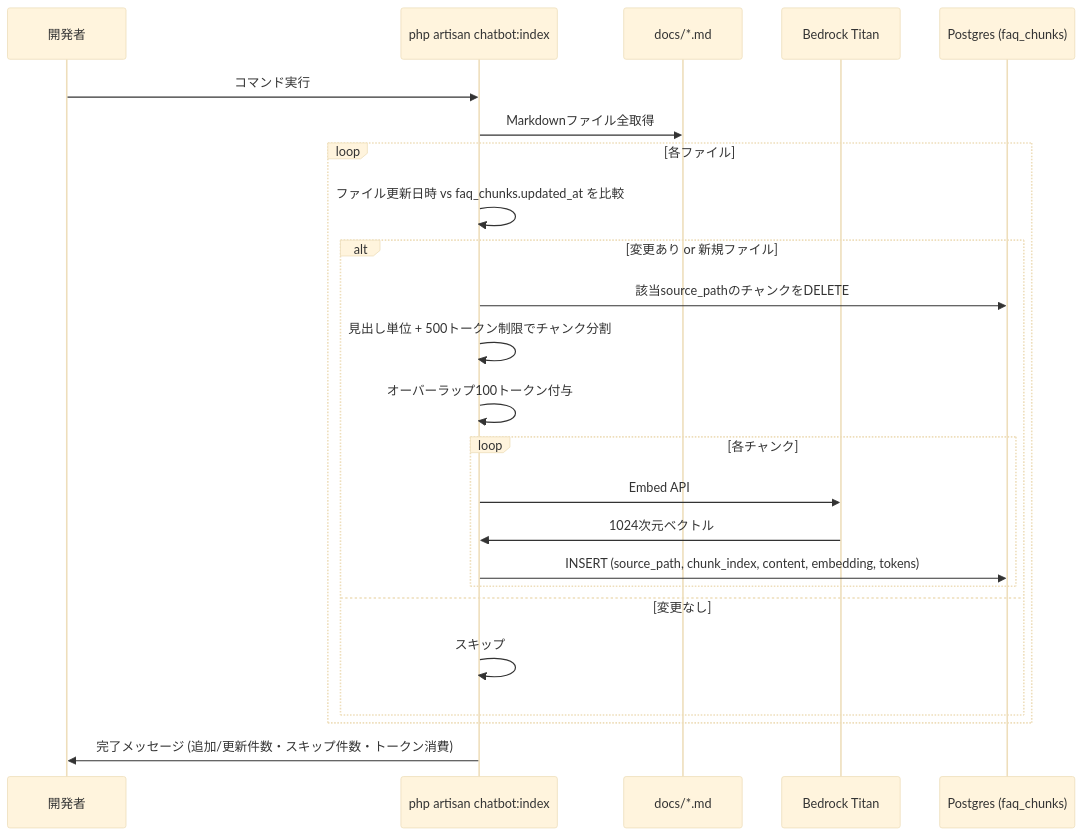
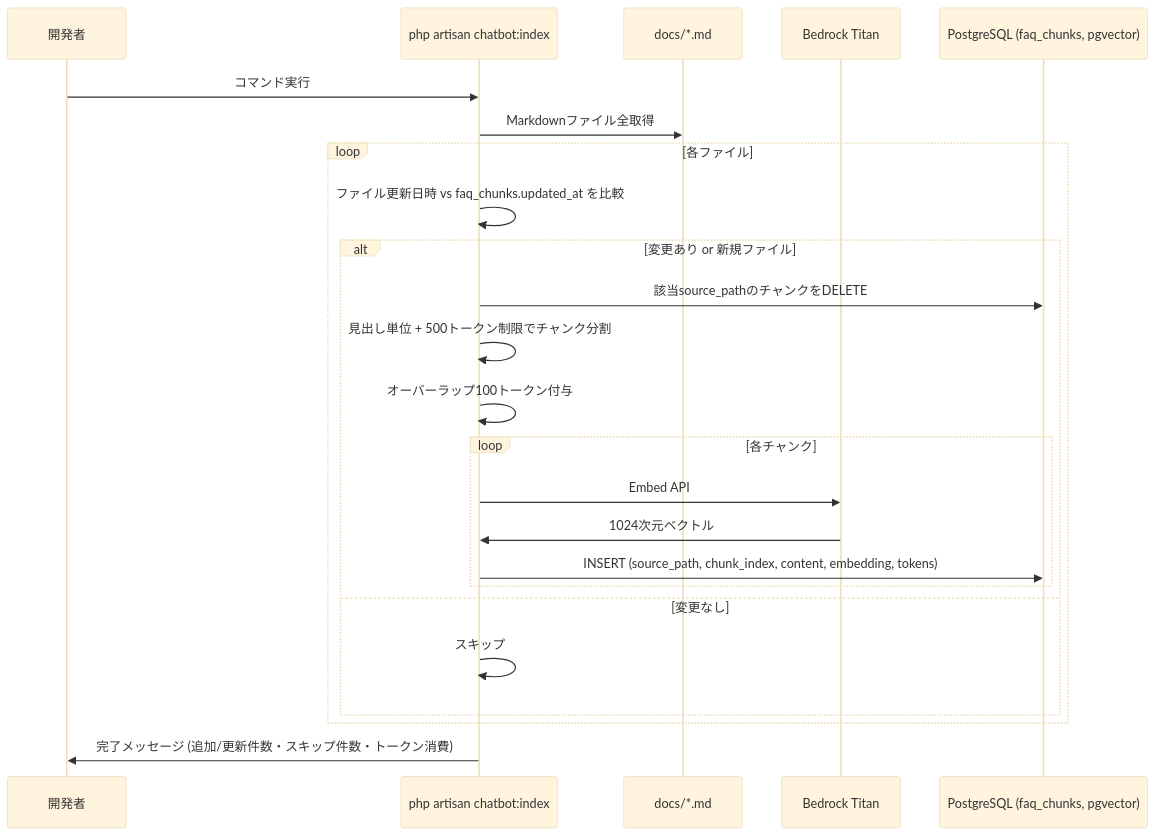
One commit to tetsu2026/movie-profile changed the ninth of 9 diagrams in docs/design-docs/05_data_flow.md. Above: the diagram before and after it, drawn with Mermaid (base theme). The commit also changed other lines of this file and 5 other files, not shown here.

First line of the commit message:
docs: PostgreSQL 単一DB構成への移行を設計書へ反映

````diff
--- a/docs/design-docs/05_data_flow.md
+++ b/docs/design-docs/05_data_flow.md
@@ -252,27 +254,27 @@
 ```mermaid
 sequenceDiagram
     participant Admin as 開発者
     participant Art as php artisan chatbot:index
     participant FS as docs/*.md
     participant T as Bedrock Titan
-    participant PG as Postgres (faq_chunks)
+    participant PG as PostgreSQL (faq_chunks, pgvector)
 
     Admin->>Art: コマンド実行
     Art->>FS: Markdownファイル全取得
     loop 各ファイル
         Art->>Art: ファイル更新日時 vs faq_chunks.updated_at を比較
         alt 変更あり or 新規ファイル
             Art->>PG: 該当source_pathのチャンクをDELETE
             Art->>Art: 見出し単位 + 500トークン制限でチャンク分割
             Art->>Art: オーバーラップ100トークン付与
             loop 各チャンク
                 Art->>T: Embed API
                 T->>Art: 1024次元ベクトル
                 Art->>PG: INSERT (source_path, chunk_index, content, embedding, tokens)
             end
         else 変更なし
             Art->>Art: スキップ
         end
     end
     Art->>Admin: 完了メッセージ (追加/更新件数・スキップ件数・トークン消費)
 ```
````
